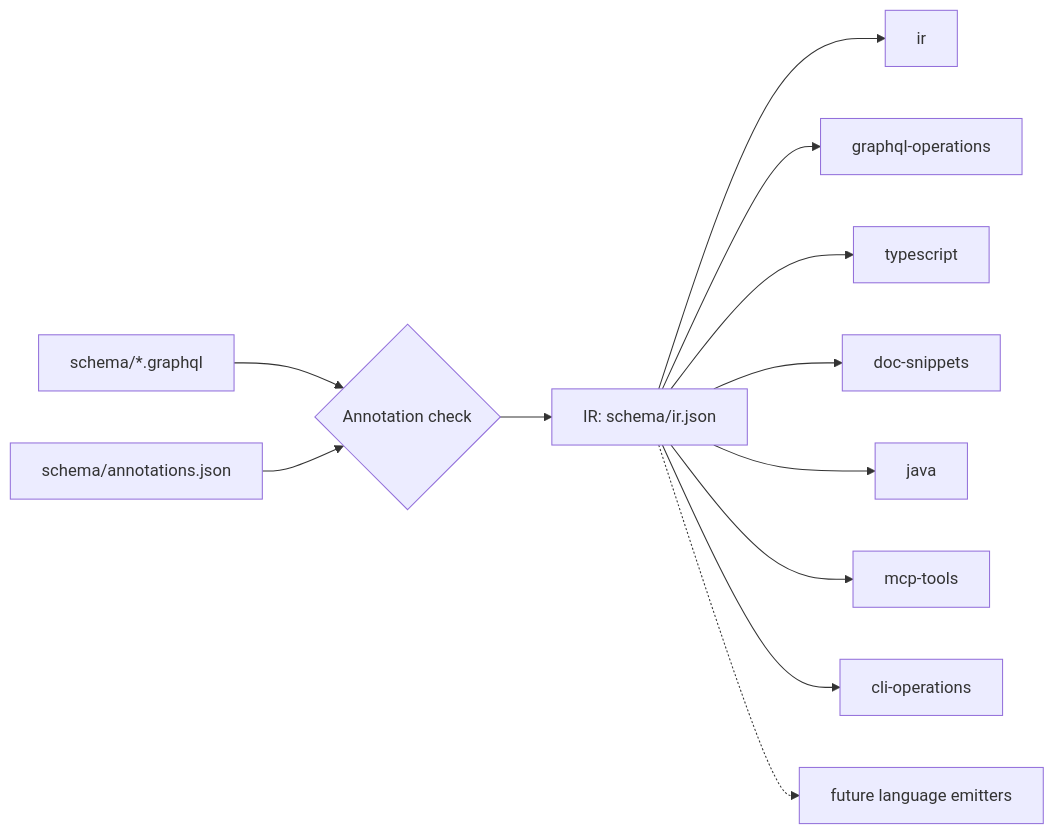
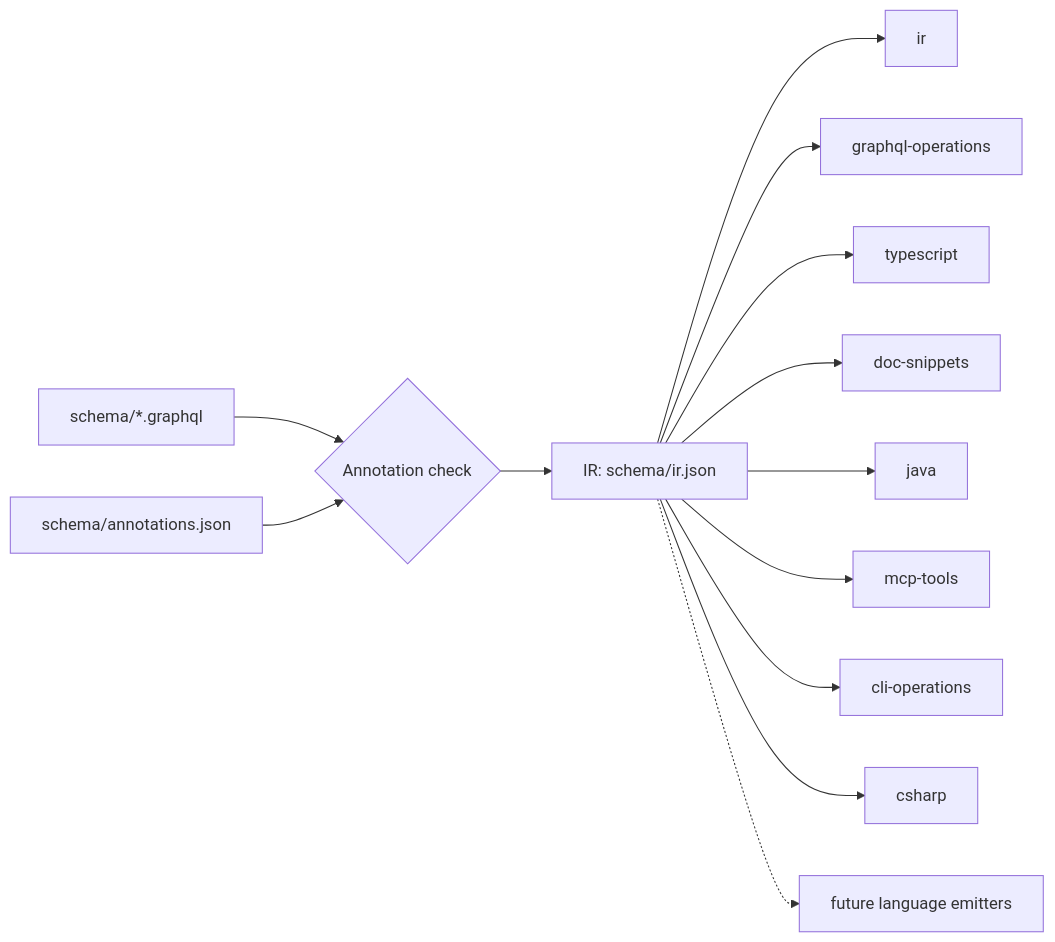
Before and after one commit to ConvoHop/sdks: the diagram in docs/sdk-generation.md, drawn with Mermaid. The commit also changed other lines of this file and 109 other files, not shown here.

````diff
--- a/docs/sdk-generation.md
+++ b/docs/sdk-generation.md
@@ -9,14 +9,15 @@
 ```mermaid
 flowchart LR
   S["schema/*.graphql"] --> C{"Annotation check"}
   A["schema/annotations.json"] --> C
   C --> I["IR: schema/ir.json"]
   I --> E1["ir"]
   I --> E2["graphql-operations"]
   I --> E3["typescript"]
   I --> E4["doc-snippets"]
   I --> EJ["java"]
   I --> EM["mcp-tools"]
   I --> EC["cli-operations"]
+  I --> ECS["csharp"]
   I -.-> E5["future language emitters"]
 ```
````
